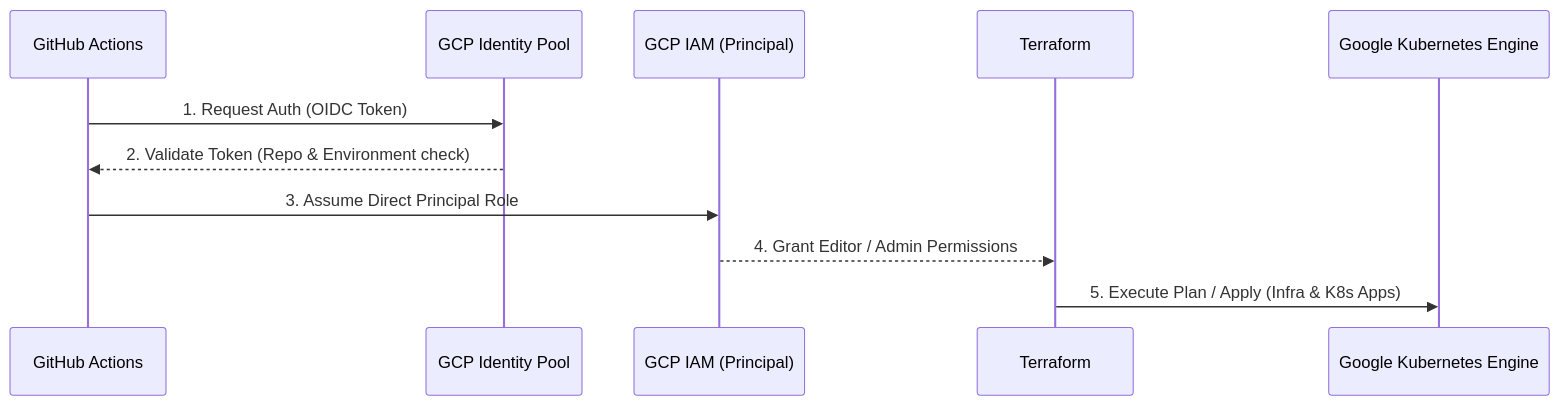
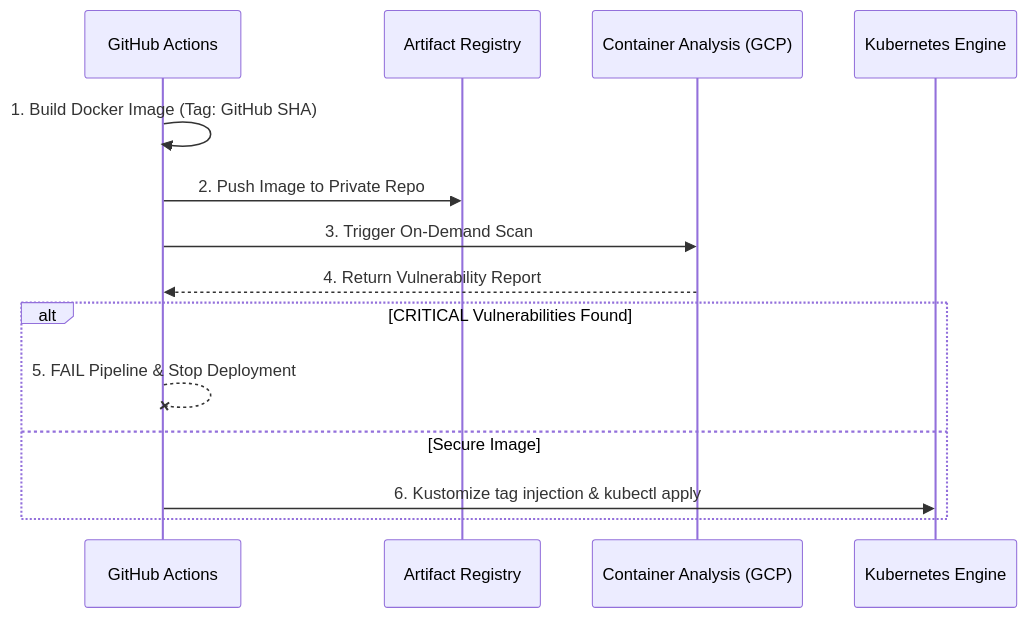
The diagram in README.md (luisalclo/kubernetes-cicd), drawn with Mermaid before and after one commit. The commit also changed other lines of this file and 1 other file, not shown here.

````diff
--- a/README.md
+++ b/README.md
@@ -50,14 +59,17 @@
 ```mermaid
 sequenceDiagram
-    participant GitHub as GitHub Actions
-    participant OIDC as GCP Identity Pool
-    participant IAM as GCP IAM (Principal)
-    participant TF as Terraform
-    participant GKE as Google Kubernetes Engine
+    participant GH as GitHub Actions
+    participant GAR as Artifact Registry
+    participant SCA as Container Analysis (GCP)
+    participant GKE as Kubernetes Engine
 
-    GitHub->>OIDC: 1. Request Auth (OIDC Token)
-    OIDC-->>GitHub: 2. Validate Token (Repo & Environment check)
-    GitHub->>IAM: 3. Assume Direct Principal Role
-    IAM-->>TF: 4. Grant Editor / Admin Permissions
-    TF->>GKE: 5. Execute Plan / Apply (Infra & K8s Apps)
+    GH->>GH: 1. Build Docker Image (Tag: GitHub SHA)
+    GH->>GAR: 2. Push Image to Private Repo
+    GH->>SCA: 3. Trigger On-Demand Scan
+    SCA-->>GH: 4. Return Vulnerability Report
+    alt CRITICAL Vulnerabilities Found
+        GH--xGH: 5. FAIL Pipeline & Stop Deployment
+    else Secure Image
+        GH->>GKE: 6. Kustomize tag injection & kubectl apply
+    end
 ```
````
